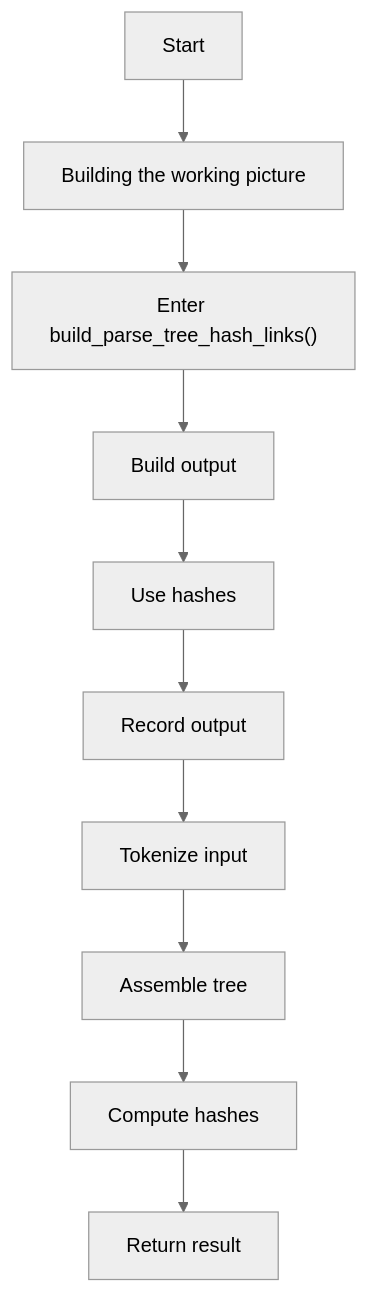
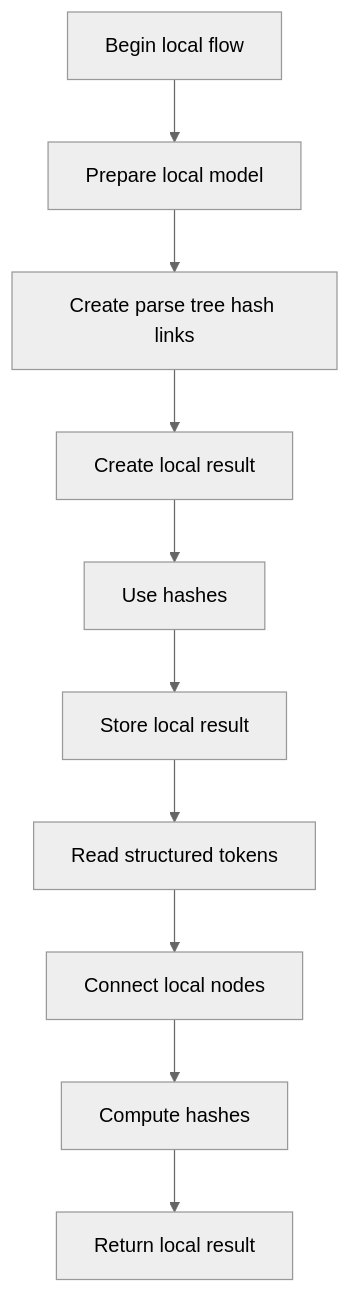
The first of 4 diagrams in docs/Codebase/Microservice/Modules/Source/HashingMechanism/HashLinks/core.cpp.md (JohnAndrewBalbarosa/NeoTerritory), drawn with Mermaid (neutral theme) before and after one commit. The commit also changed other lines of this file and 915 other files, not shown here.

````diff
--- a/docs/Codebase/Microservice/Modules/Source/HashingMechanism/HashLinks/core.cpp.md
+++ b/docs/Codebase/Microservice/Modules/Source/HashingMechanism/HashLinks/core.cpp.md
@@ -30,22 +29,22 @@
 ```mermaid
 flowchart TD
-    N0["Start"]
-    N1["Building the working picture"]
-    N2["Enter build_parse_tree_hash_links()"]
-    N3["Build output"]
+    N0["Begin local flow"]
+    N1["Prepare local model"]
+    N2["Create parse tree hash links"]
+    N3["Create local result"]
     N4["Use hashes"]
-    N5["Record output"]
-    N6["Tokenize input"]
-    N7["Assemble tree"]
+    N5["Store local result"]
+    N6["Read structured tokens"]
+    N7["Connect local nodes"]
     N8["Compute hashes"]
-    N9["Return result"]
+    N9["Return local result"]
     N0 --> N1
     N1 --> N2
     N2 --> N3
     N3 --> N4
     N4 --> N5
     N5 --> N6
     N6 --> N7
     N7 --> N8
     N8 --> N9
 ```
````
